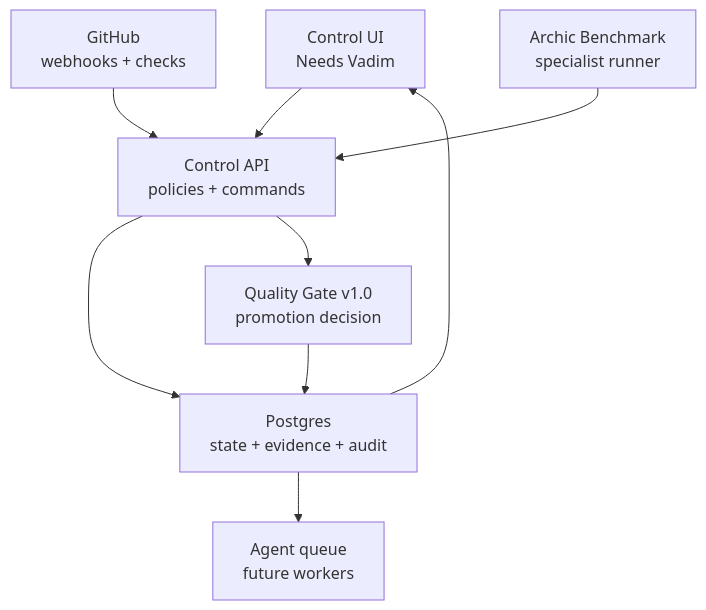
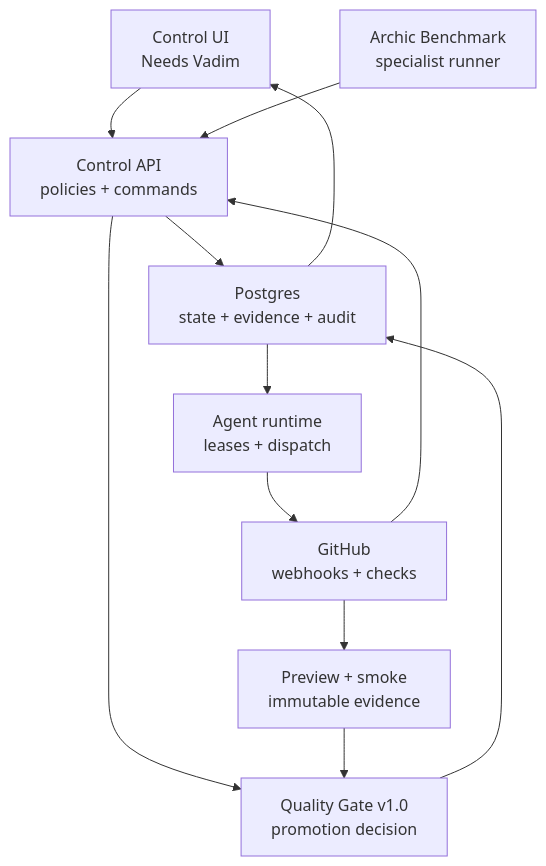
The diagram in docs/architecture.md (vornicx/archiccontrol), drawn with Mermaid before and after one commit. The commit also changed other lines of this file and 45 other files, not shown here.

````diff
--- a/docs/architecture.md
+++ b/docs/architecture.md
@@ -5,11 +5,14 @@
 ```mermaid
 flowchart TD
   UI["Control UI<br/>Needs Vadim"] --> API["Control API<br/>policies + commands"]
   API --> DB["Postgres<br/>state + evidence + audit"]
   GH["GitHub<br/>webhooks + checks"] --> API
   BM["Archic Benchmark<br/>specialist runner"] --> API
   API --> Q["Quality Gate v1.0<br/>promotion decision"]
   Q --> DB
-  DB --> AG["Agent queue<br/>future workers"]
+  DB --> AG["Agent runtime<br/>leases + dispatch"]
+  AG --> GH
+  GH --> PV["Preview + smoke<br/>immutable evidence"]
+  PV --> Q
   DB --> UI
 ```
````
